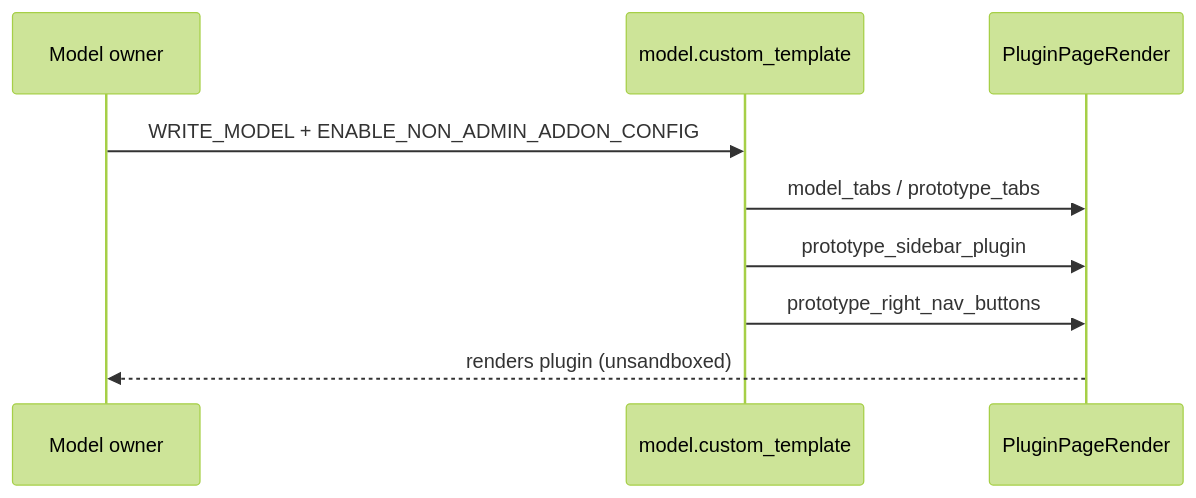
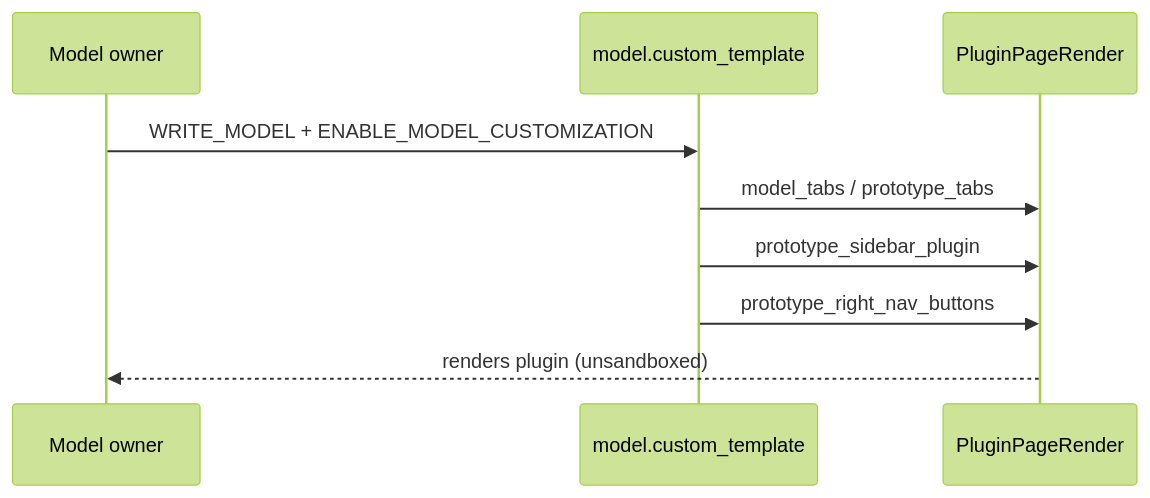
Before and after one commit to eclipse-autowrx/autowrx: the sixth of 7 diagrams in docs/capabilities/plugins.md, drawn with Mermaid (forest theme). The commit also changed other lines of this file and 11 other files, not shown here.

First line of the commit message:
fix(model-prototype): gate customization menus behind site config

````diff
--- a/docs/capabilities/plugins.md
+++ b/docs/capabilities/plugins.md
@@ -450,11 +450,11 @@
 ```mermaid
 sequenceDiagram
     participant O as Model owner
     participant M as model.custom_template
     participant P as PluginPageRender
-    O->>M: WRITE_MODEL + ENABLE_NON_ADMIN_ADDON_CONFIG
+    O->>M: WRITE_MODEL + ENABLE_MODEL_CUSTOMIZATION
     M->>P: model_tabs / prototype_tabs
     M->>P: prototype_sidebar_plugin
     M->>P: prototype_right_nav_buttons
     P-->>O: renders plugin (unsandboxed)
 ```
````
